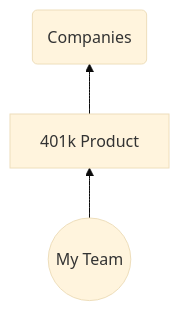
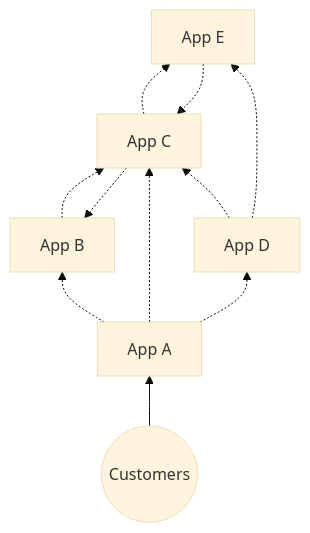
One commit to smudge/decks changed the first of 7 diagrams in railsconf-2022/slides.md. Above: the diagram before and after it, drawn with Mermaid (base theme). The commit also changed other lines of this file and 15 other files, not shown here.

````diff
--- a/railsconf-2022/slides.md
+++ b/railsconf-2022/slides.md
@@ -358,6 +389,12 @@
 ```mermaid
 graph BT
 
-A((My Team)) --> B[401k Product]
-B --> C(Companies)
+U((Customers)) --> A
+A[App A] .-> B[App B] & C[App C] & D
+B .-> C
+C .-> B
+D[App D] .-> C
+C .-> E[App E]
+D .-> E
+E .-> C
 ```
````
